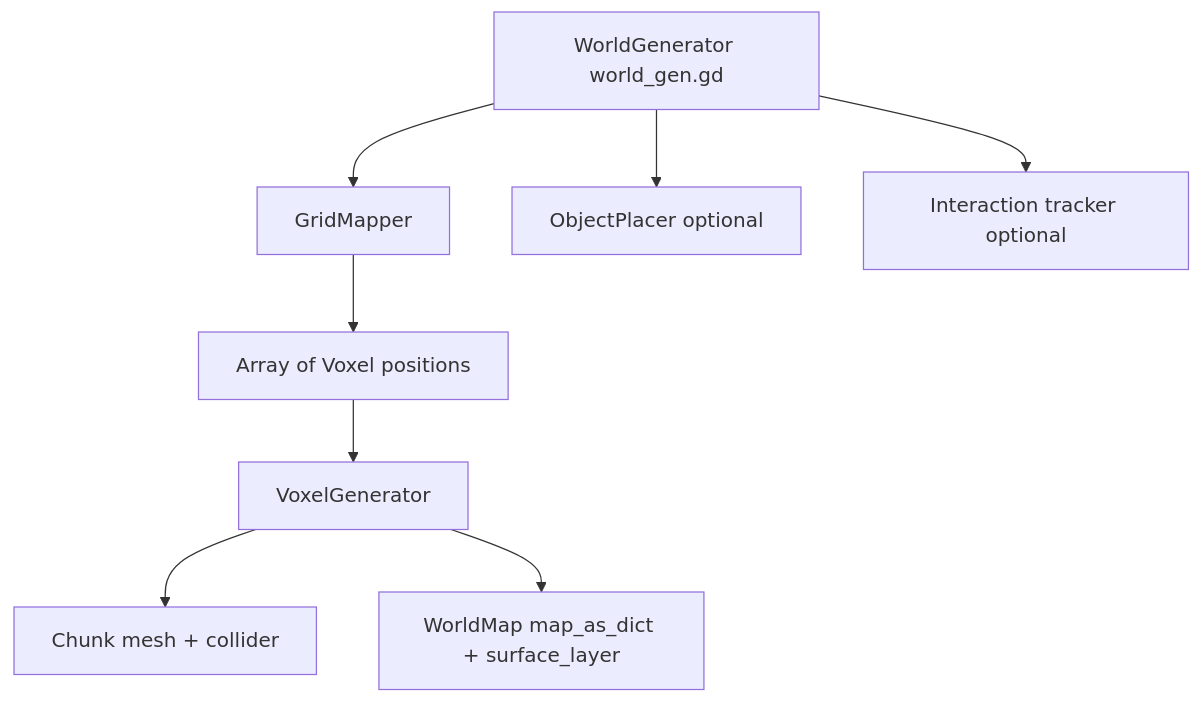
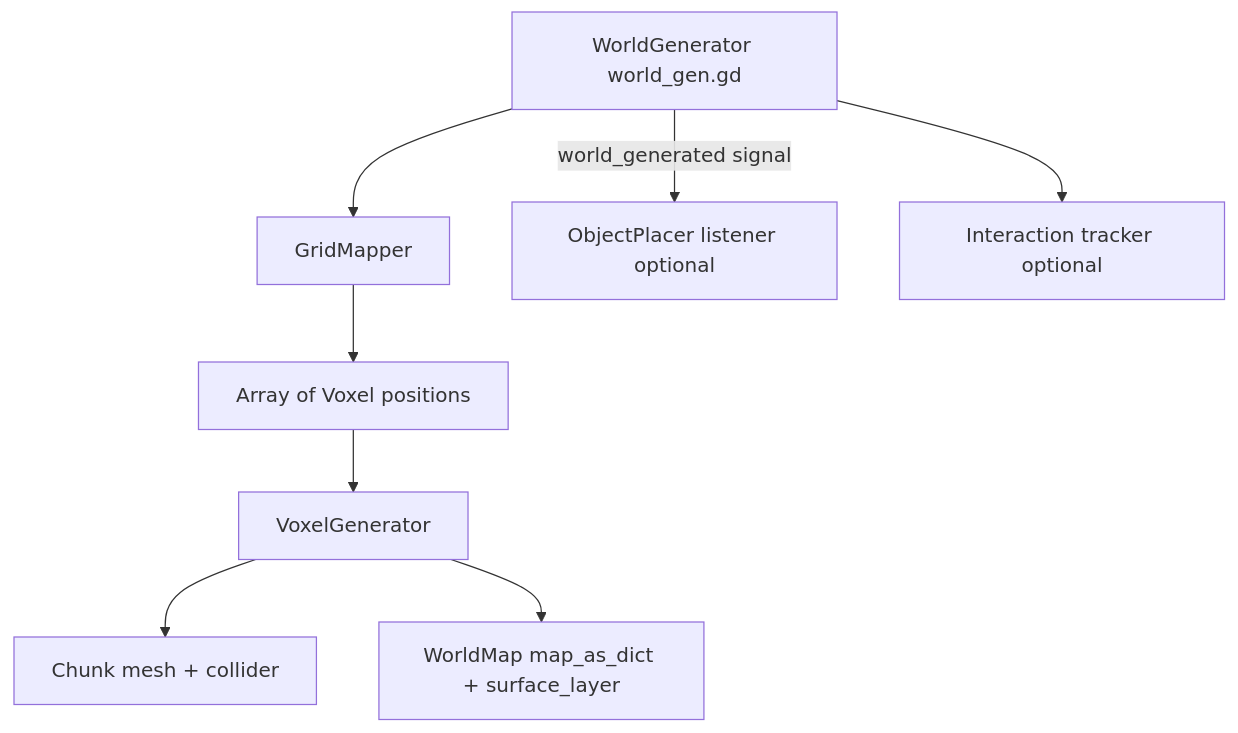
Before and after one commit to SonnenBruder/VoxelsBetaSonnenBruder: the diagram in docs/REUSE_GUIDE.md, drawn with Mermaid. The commit also changed other lines of this file and 3 other files, not shown here.

Commit message:
Enhance ObjectPlacer functionality with world_generated signal connection; update world_gen and GameScene configurations

````diff
--- a/docs/REUSE_GUIDE.md
+++ b/docs/REUSE_GUIDE.md
@@ -15,10 +15,10 @@
 ```mermaid
 flowchart TD
     A[WorldGenerator world_gen.gd] --> B[GridMapper]
     B --> C[Array of Voxel positions]
     C --> D[VoxelGenerator]
     D --> E[Chunk mesh + collider]
     D --> F[WorldMap map_as_dict + surface_layer]
-    A --> G[ObjectPlacer optional]
+   A -->|world_generated signal| G[ObjectPlacer listener optional]
     A --> H[Interaction tracker optional]
 ```
````
